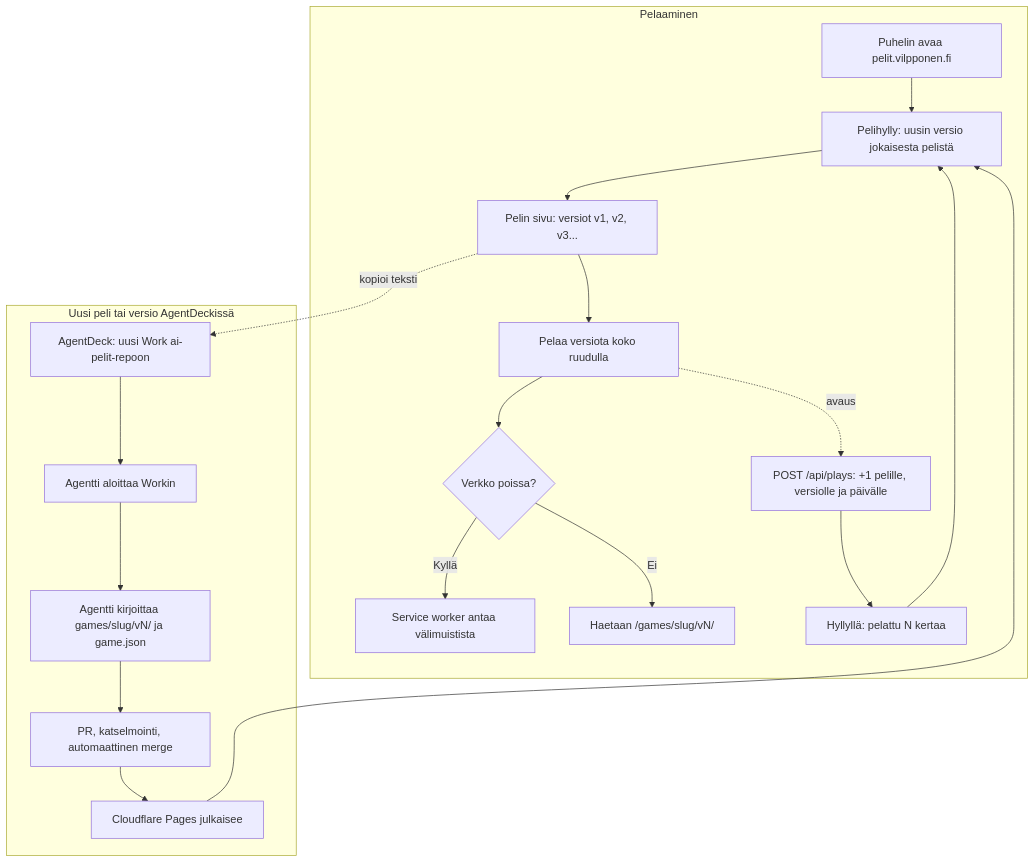
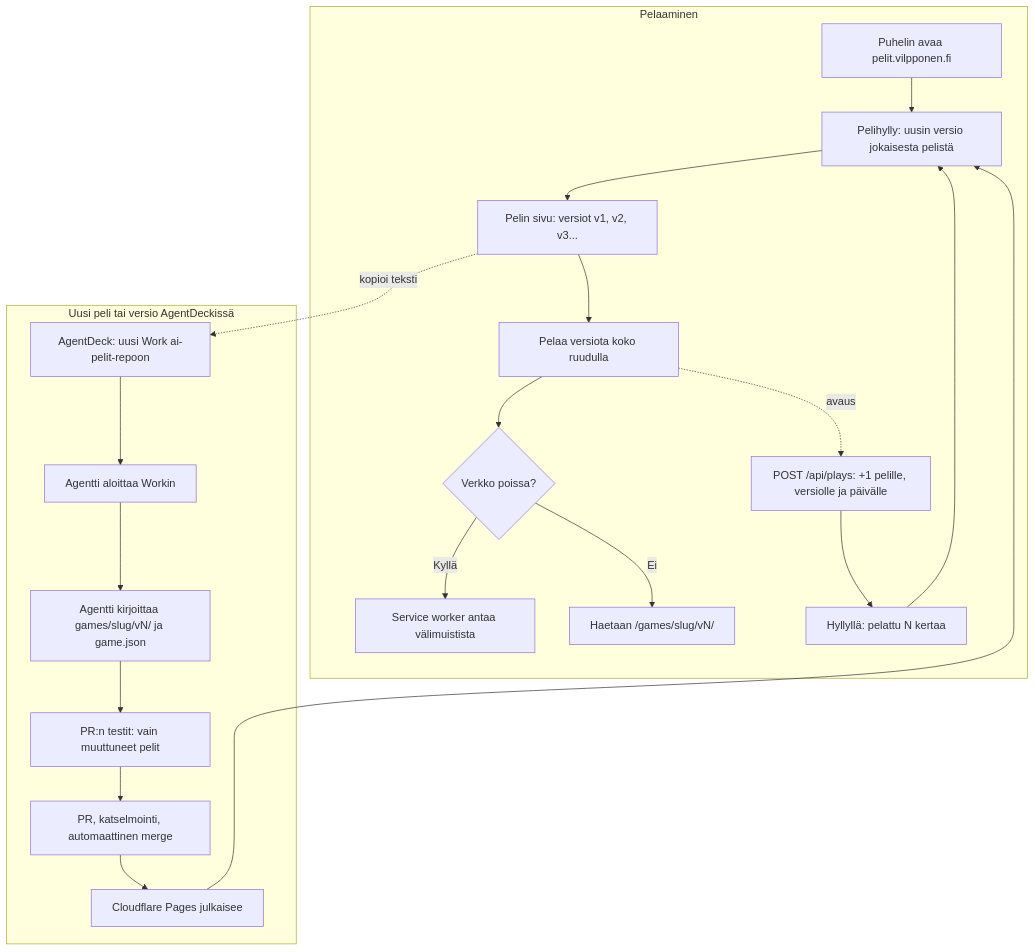
The diagram in docs/diagrams/ai-pelit.md (eerovil/ai-pelit), drawn with Mermaid before and after one commit. The commit also changed other lines of this file and 6 other files, not shown here.

````diff
--- a/docs/diagrams/ai-pelit.md
+++ b/docs/diagrams/ai-pelit.md
@@ -8,28 +8,30 @@
 ```mermaid
 flowchart TD
   subgraph Pelaaminen
     A[Puhelin avaa pelit.vilpponen.fi] --> B[Pelihylly: uusin versio jokaisesta pelistä]
     B --> C[Pelin sivu: versiot v1, v2, v3...]
     C --> D[Pelaa versiota koko ruudulla]
     D --> E{Verkko poissa?}
     E -- Kyllä --> F[Service worker antaa välimuistista]
     E -- Ei --> G[Haetaan /games/slug/vN/]
     D -. avaus .-> P[POST /api/plays: +1 pelille, versiolle ja päivälle]
     P --> Q[Hyllyllä: pelattu N kertaa]
     Q --> B
   end
   subgraph Uusi peli tai versio AgentDeckissä
     C -. kopioi teksti .-> H[AgentDeck: uusi Work ai-pelit-repoon]
     H --> L[Agentti aloittaa Workin]
     L --> M[Agentti kirjoittaa games/slug/vN/ ja game.json]
-    M --> N[PR, katselmointi, automaattinen merge]
+    M --> T[PR:n testit: vain muuttuneet pelit]
+    T --> N[PR, katselmointi, automaattinen merge]
     N --> O[Cloudflare Pages julkaisee]
     O --> B
   end
   class A,B,C,D,Q blue
   class E amber
   class F,G,P teal
   class H violet
   class L,M,N rose
+  class T amber
   class O green
 ```
````
